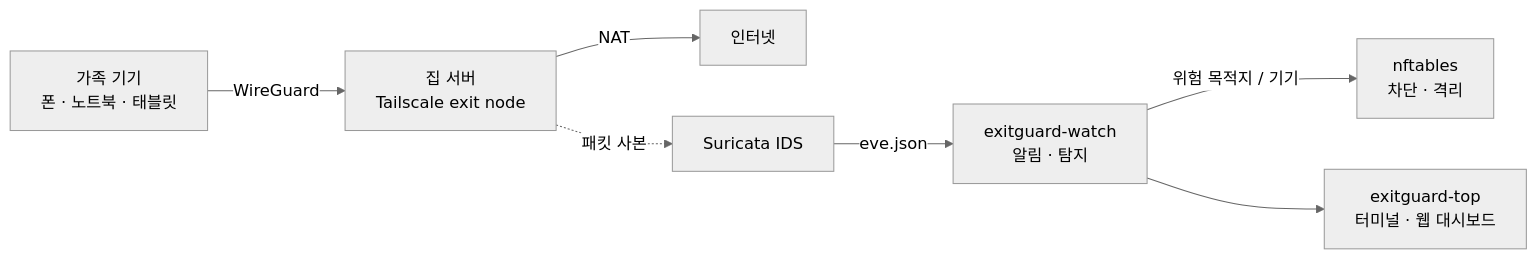
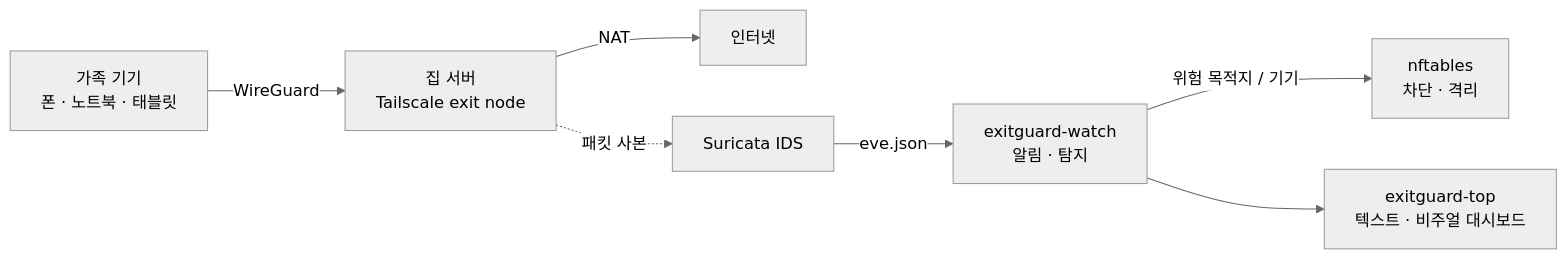
Before and after one commit to misolove/exitguard: the diagram in README.md, drawn with Mermaid (neutral theme). The commit also changed other lines of this file and 1 other file, not shown here.

First line of the commit message:
docs: README 첫 화면을 텍스트·비주얼 두 모드와 라이브 데모 중심으로

````diff
--- a/README.md
+++ b/README.md
@@ -24,9 +52,9 @@
 ```mermaid
 flowchart LR
   D["가족 기기<br/>폰 · 노트북 · 태블릿"] -->|WireGuard| S["집 서버<br/>Tailscale exit node"]
   S -->|NAT| I["인터넷"]
   S -.패킷 사본.-> IDS["Suricata IDS"]
   IDS -->|eve.json| W["exitguard-watch<br/>알림 · 탐지"]
   W -->|위험 목적지 / 기기| N["nftables<br/>차단 · 격리"]
-  W --> T["exitguard-top<br/>터미널 · 웹 대시보드"]
+  W --> T["exitguard-top<br/>텍스트 · 비주얼 대시보드"]
 ```
````
